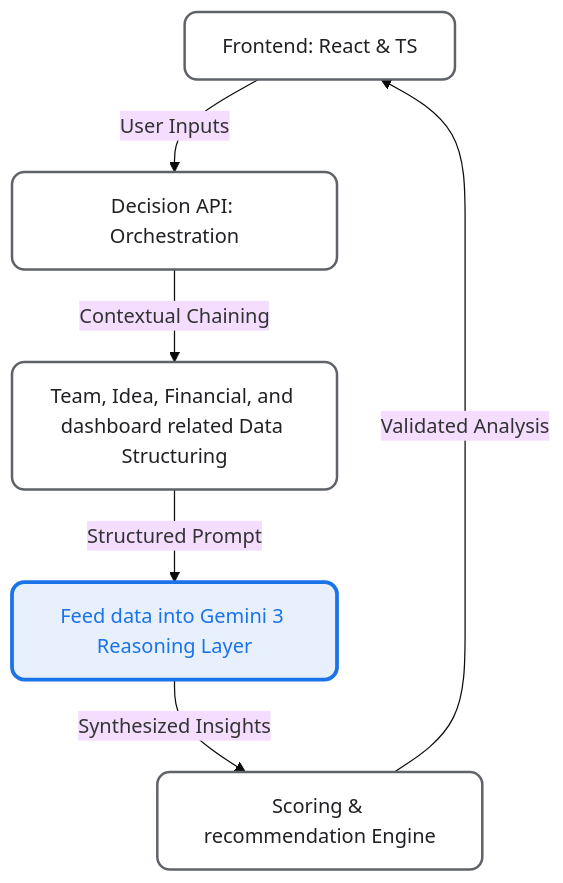
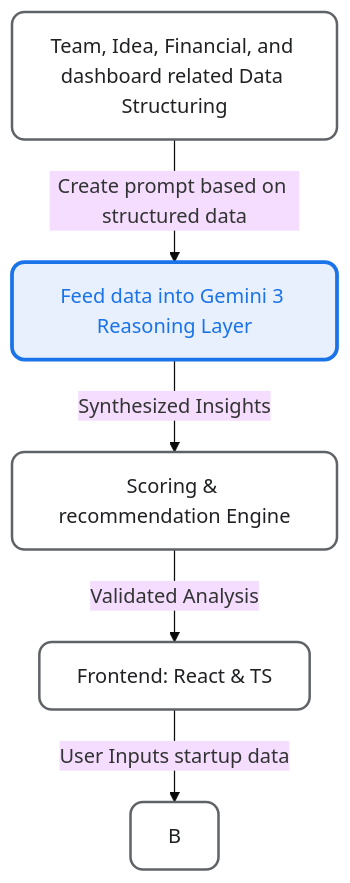
Before and after one commit to indra094/FoundryWithoutBackend: the diagram in README.md, drawn with Mermaid (base theme).

````diff
--- a/README.md
+++ b/README.md
@@ -26,23 +26,21 @@
 ```mermaid
 graph TD
     %% Nodes
     A[Frontend: React & TS]
-    B[Decision API: Orchestration]
     C[Team, Idea, Financial, and dashboard related Data Structuring]
     D[Feed data into Gemini 3 Reasoning Layer]
     E[Scoring & recommendation Engine]
 
     %% Connections
-    A -->|User Inputs| B
-    B -->|Contextual Chaining| C
-    C -->|Structured Prompt| D
+    A -->|User Inputs startup data| B
+    C -->|Create prompt based on structured data| D
     D -->|Synthesized Insights| E
     E -->|Validated Analysis| A
 
     %% Styling
     classDef box fill:#ffffff,stroke:#5f6368,stroke-width:2px,color:#202124,rx:10,ry:10;
     classDef gemini fill:#e8f0fe,stroke:#1a73e8,stroke-width:3px,color:#1a73e8,rx:10,ry:10;
 
     class A,B,C,E box;
     class D gemini;
 ```
````
